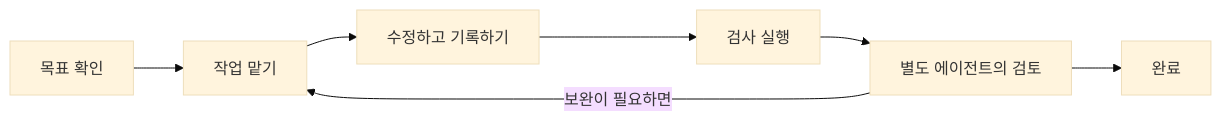
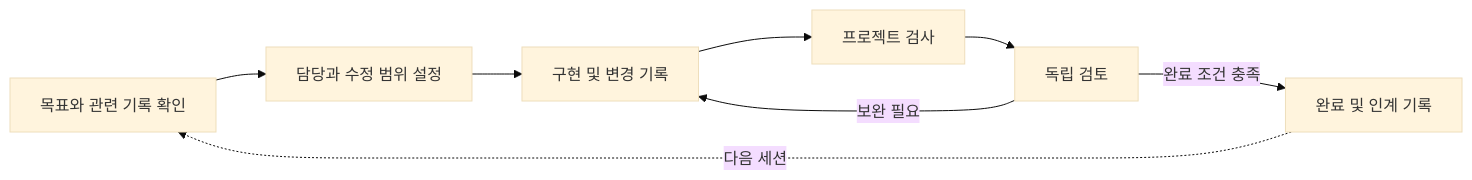
Before and after one commit to E5presso/neurath: the diagram in README.ko.md, drawn with Mermaid (base theme). The commit also changed other lines of this file and 1 other file, not shown here.

````diff
--- a/README.ko.md
+++ b/README.ko.md
@@ -67,9 +65,10 @@
 ```mermaid
 flowchart LR
-    A[목표 확인] --> B[작업 맡기]
-    B --> C[수정하고 기록하기]
-    C --> D[검사 실행]
-    D --> E[별도 에이전트의 검토]
-    E --> F[완료]
-    E -->|보완이 필요하면| B
+    A[목표와 관련 기록 확인] --> B[담당과 수정 범위 설정]
+    B --> C[구현 및 변경 기록]
+    C --> D[프로젝트 검사]
+    D --> E[독립 검토]
+    E -->|보완 필요| C
+    E -->|완료 조건 충족| F[완료 및 인계 기록]
+    F -. 다음 세션 .-> A
 ```
````
